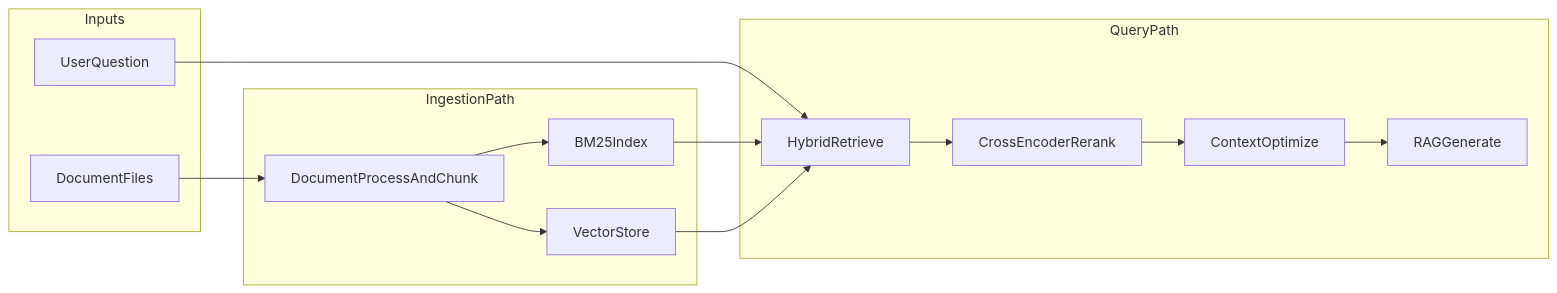
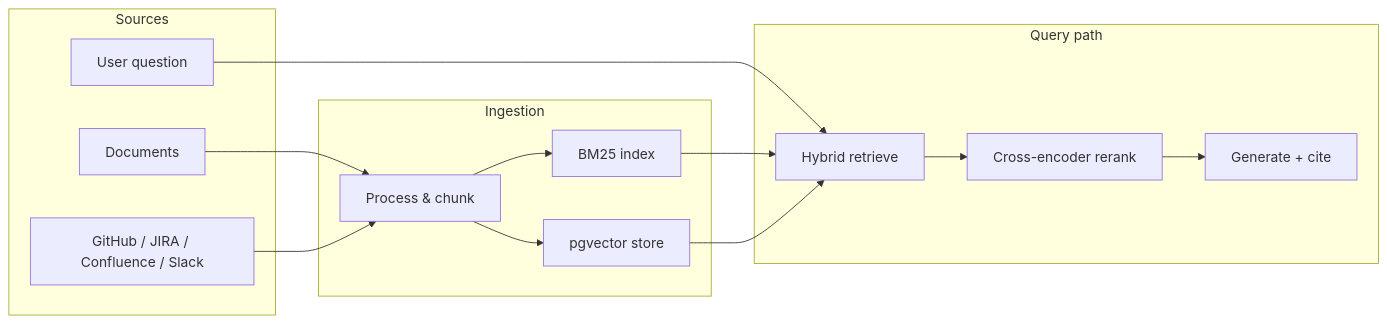
Before and after one commit to vampokala/Second-Brain-App: the first of 2 diagrams in Docs/PROJECT_OVERVIEW.md, drawn with Mermaid. The commit also changed other lines of this file and 145 other files, not shown here.

````diff
--- a/Docs/PROJECT_OVERVIEW.md
+++ b/Docs/PROJECT_OVERVIEW.md
@@ -72,27 +36,26 @@
 ```mermaid
 flowchart LR
-  subgraph inputs [Inputs]
-    docs[DocumentFiles]
-    question[UserQuestion]
+  subgraph sources [Sources]
+    docs[Documents]
+    conn[GitHub / JIRA / Confluence / Slack]
+    q[User question]
   end
-  subgraph ingestPath [IngestionPath]
-    process[DocumentProcessAndChunk]
-    bm25[BM25Index]
-    vector[VectorStore]
+  subgraph ingest [Ingestion]
+    process[Process & chunk]
+    bm25[BM25 index]
+    vector[pgvector store]
   end
-  subgraph queryPath [QueryPath]
-    retrieve[HybridRetrieve]
-    rerank[CrossEncoderRerank]
-    context[ContextOptimize]
-    gen[RAGGenerate]
+  subgraph query [Query path]
+    retrieve[Hybrid retrieve]
+    rerank[Cross-encoder rerank]
+    gen[Generate + cite]
   end
   docs --> process
+  conn --> process
   process --> bm25
   process --> vector
-  question --> retrieve
+  q --> retrieve
   bm25 --> retrieve
   vector --> retrieve
-  retrieve --> rerank
-  rerank --> context
-  context --> gen
+  retrieve --> rerank --> gen
 ```
````
